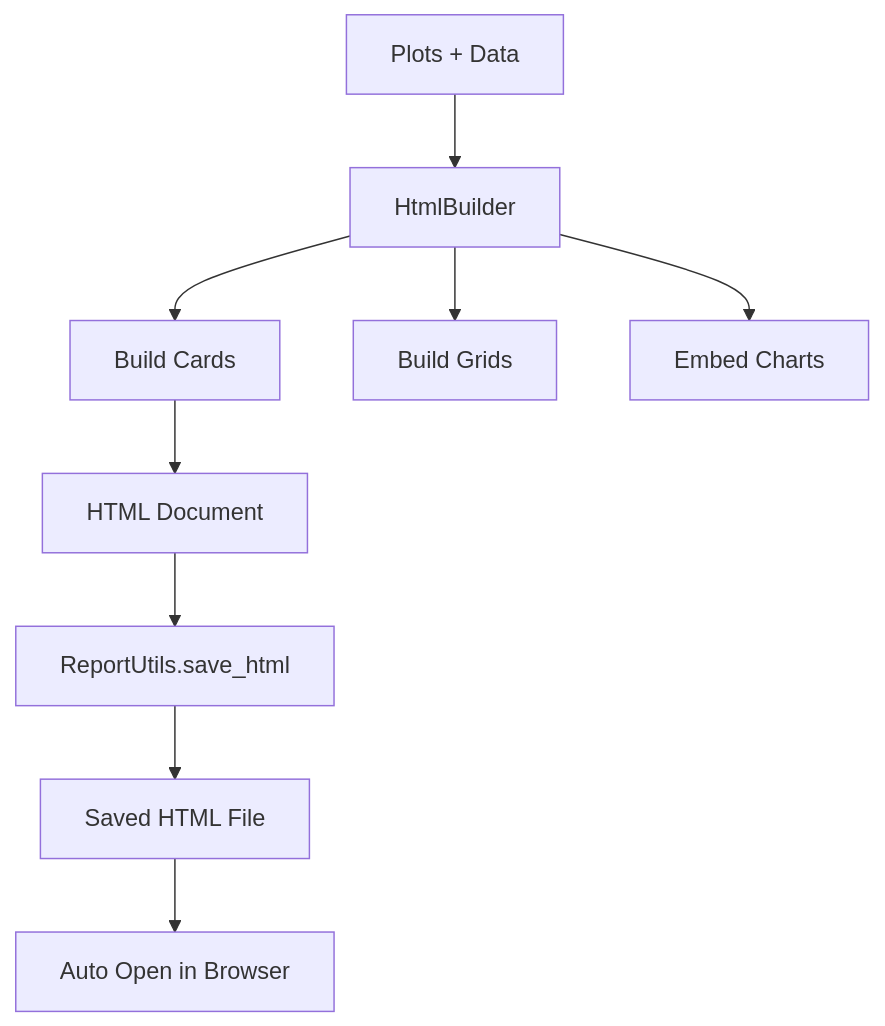
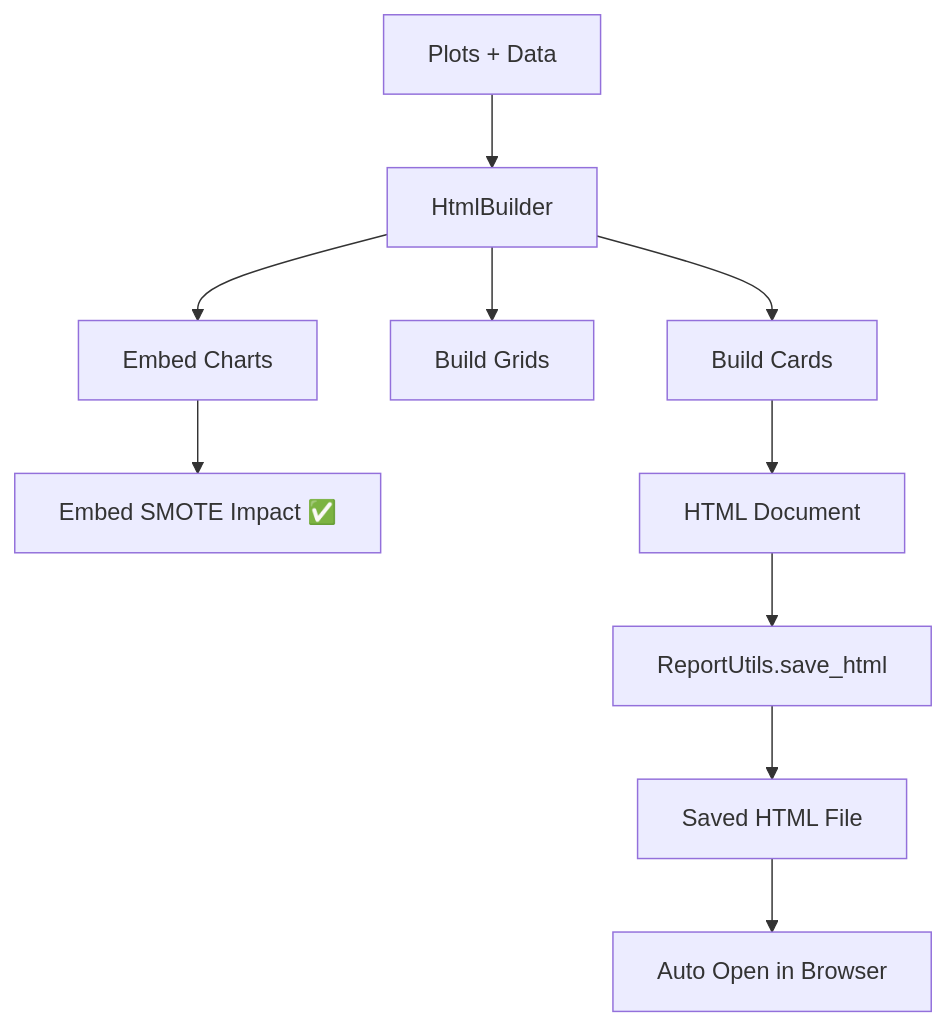
The sixth of 6 diagrams in lib/utility/machinelearning/README.md (abhinavssingh/python-learnings), drawn with Mermaid before and after one commit. The commit also changed other lines of this file and 15 other files, not shown here.

````diff
--- a/lib/utility/machinelearning/README.md
+++ b/lib/utility/machinelearning/README.md
@@ -159,16 +178,18 @@
 ```mermaid
 flowchart TD
 
     A[Plots + Data] --> B[HtmlBuilder]
 
     B --> C[Build Cards]
     B --> D[Build Grids]
     B --> E[Embed Charts]
 
+    E --> E1[Embed SMOTE Impact ✅]
+
     C --> F[HTML Document]
 
     F --> G[ReportUtils.save_html]
 
     G --> H[Saved HTML File]
     H --> I[Auto Open in Browser]
 ```
````
